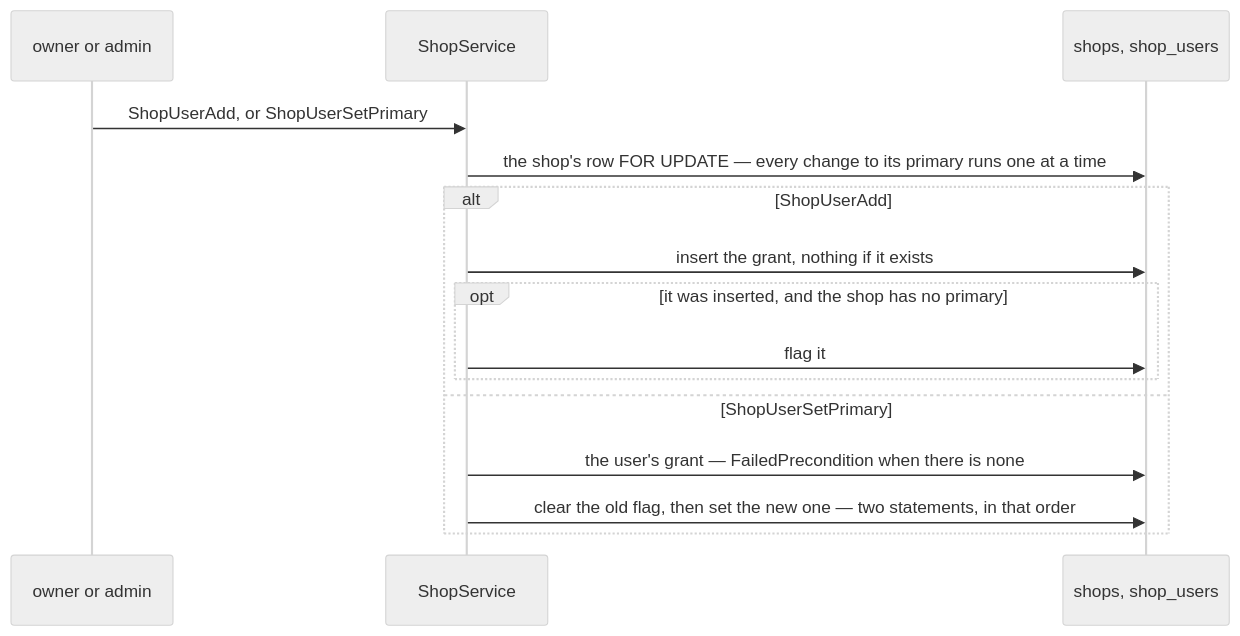
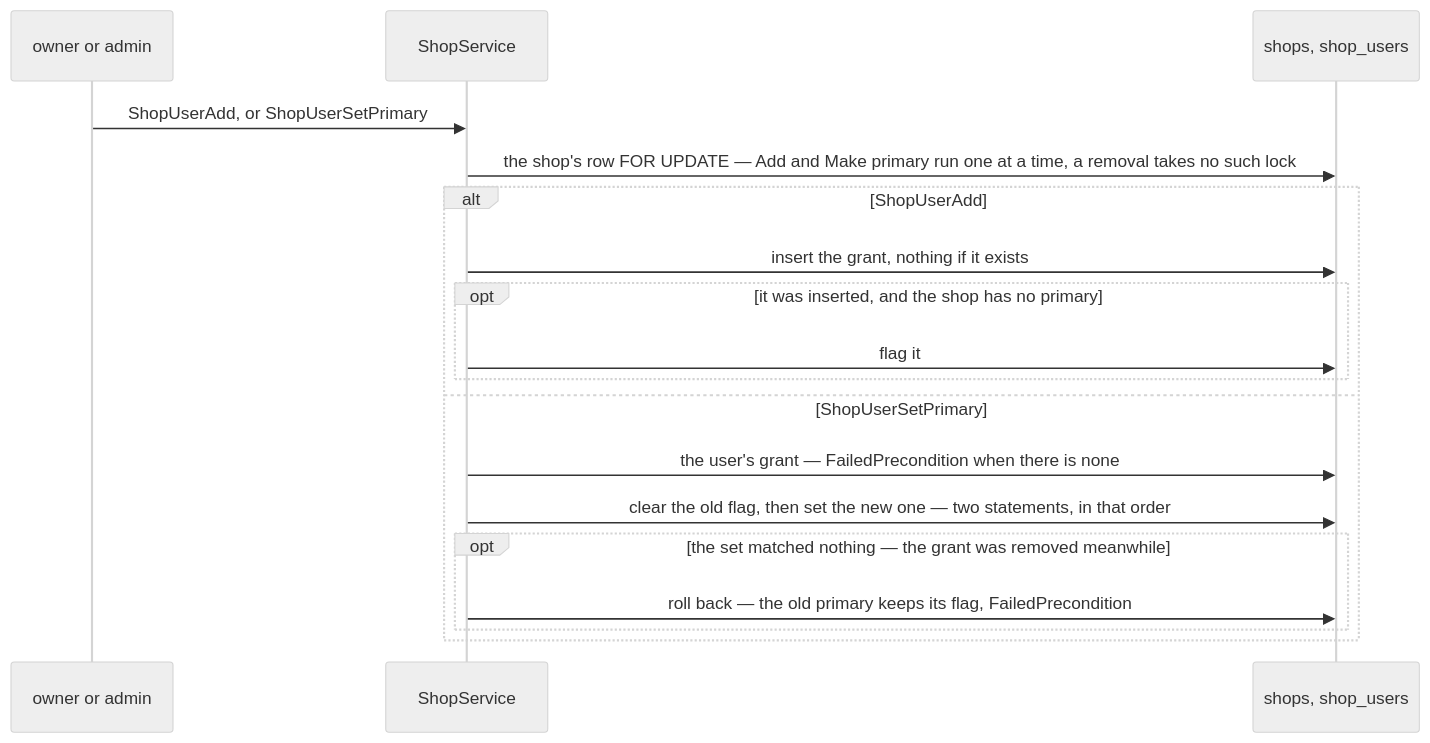
One commit to pdcgo/warehouse_revamp changed the eighth of 8 diagrams in docs/services/selling_service/rpc.md. Above: the diagram before and after it, drawn with Mermaid (neutral theme). The commit also changed other lines of this file and 10 other files, not shown here.

````diff
--- a/docs/services/selling_service/rpc.md
+++ b/docs/services/selling_service/rpc.md
@@ -471,17 +471,20 @@
 ```mermaid
 sequenceDiagram
     participant M as owner or admin
     participant S as ShopService
     participant DB as shops, shop_users
     M->>S: ShopUserAdd, or ShopUserSetPrimary
-    S->>DB: the shop's row FOR UPDATE — every change to its primary runs one at a time
+    S->>DB: the shop's row FOR UPDATE — Add and Make primary run one at a time, a removal takes no such lock
     alt ShopUserAdd
         S->>DB: insert the grant, nothing if it exists
         opt it was inserted, and the shop has no primary
             S->>DB: flag it
         end
     else ShopUserSetPrimary
         S->>DB: the user's grant — FailedPrecondition when there is none
         S->>DB: clear the old flag, then set the new one — two statements, in that order
+        opt the set matched nothing — the grant was removed meanwhile
+            S->>DB: roll back — the old primary keeps its flag, FailedPrecondition
+        end
     end
 ```
````
